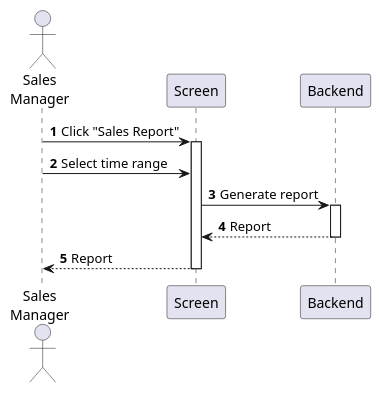
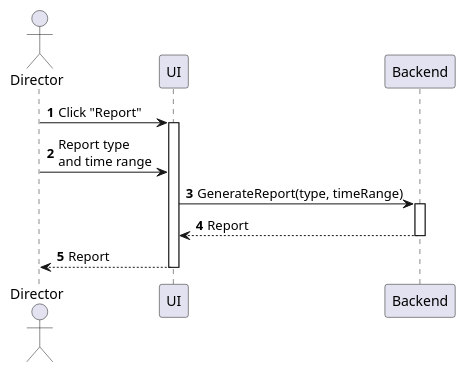
The diagram in sequences/report-generate.plantuml (phihungha/scmss-reqs), drawn with PlantUML before and after one commit. The commit also changed 1 other file, not shown here.

Commit message:
Improve generate sequence

```diff
--- a/sequences/report-generate.plantuml
+++ b/sequences/report-generate.plantuml
@@ -1,15 +1,15 @@
 @startuml report-generate
 autonumber
 
-actor "Sales\nManager" as a
-participant Screen as f
+actor "Director" as a
+participant UI as f
 participant Backend as b
 
-a -> f : Click "Sales Report"
+a -> f : Click "Report"
 activate f
-a -> f : Select time range
-f -> b : Generate report
+a -> f : Report type\nand time range
+f -> b : GenerateReport(type, timeRange)
 activate b
 return Report
 return Report
 @enduml
```
